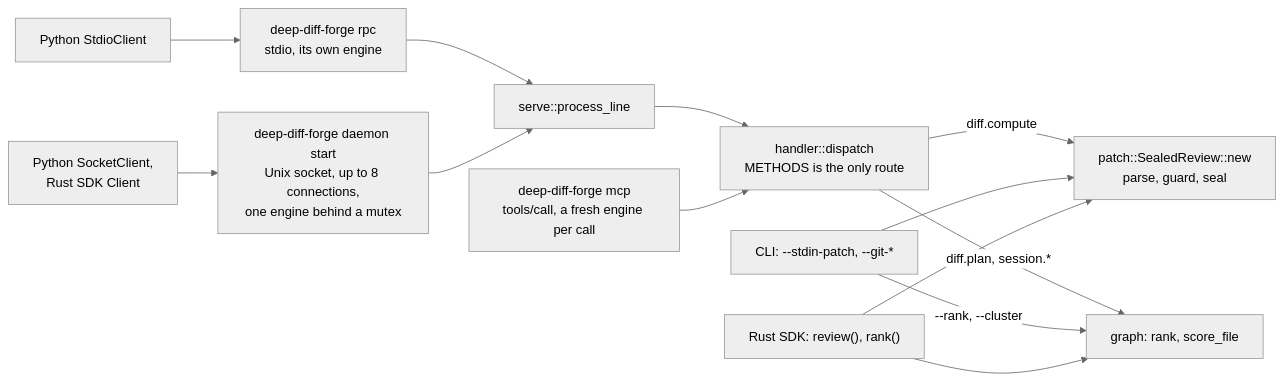
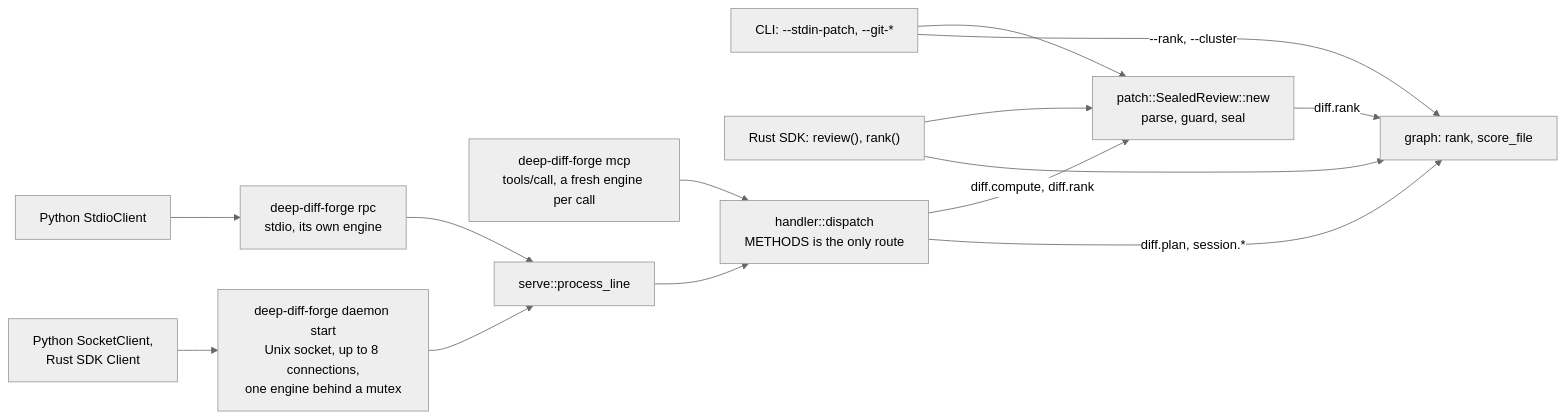
The first of 2 diagrams in docs/API_AND_IPC.md (Louranicas/deep-diff-forge), drawn with Mermaid (neutral theme) before and after one commit. The commit also changed other lines of this file and 9 other files, not shown here.

First line of the commit message:
docs: the expert circle fixes, diff.rank, outputSchema and --help everywhere

````diff
--- a/docs/API_AND_IPC.md
+++ b/docs/API_AND_IPC.md
@@ -37,25 +39,26 @@
 ```mermaid
 flowchart LR
     CLI["CLI: --stdin-patch, --git-*"]
     SDKR["Rust SDK: review(), rank()"]
     PYS["Python StdioClient"]
     PYK["Python SocketClient,<br/>Rust SDK Client"]
     RPC["deep-diff-forge rpc<br/>stdio, its own engine"]
     SRV["deep-diff-forge daemon start<br/>Unix socket, up to 8 connections,<br/>one engine behind a mutex"]
     MCP["deep-diff-forge mcp<br/>tools/call, a fresh engine per call"]
     PL["serve::process_line"]
     D["handler::dispatch<br/>METHODS is the only route"]
     SEAL["patch::SealedReview::new<br/>parse, guard, seal"]
     RANK["graph: rank, score_file"]
 
     PYS --> RPC --> PL
     PYK --> SRV --> PL
     PL --> D
     MCP --> D
-    D -- "diff.compute" --> SEAL
+    D -- "diff.compute, diff.rank" --> SEAL
+    SEAL -- "diff.rank" --> RANK
     D -- "diff.plan, session.*" --> RANK
     CLI --> SEAL
     CLI -- "--rank, --cluster" --> RANK
     SDKR --> SEAL
     SDKR --> RANK
 ```
````
